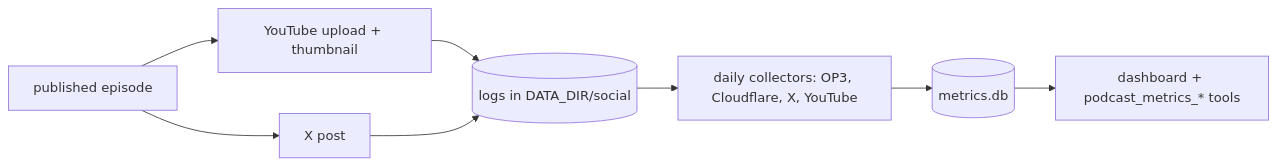
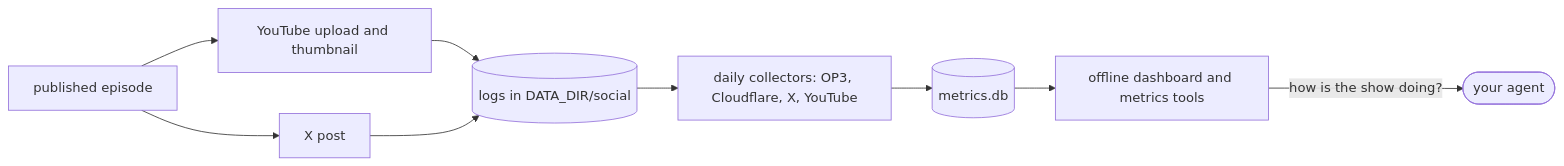
Before and after one commit to harpreetsahota204/podcast_server: the fourth of 4 diagrams in README.md, drawn with Mermaid. The commit also changed other lines of this file, not shown here.

First line of the commit message:
Rewrite README: what the engine is, how it works, and who built it

````diff
--- a/README.md
+++ b/README.md
@@ -36,10 +153,11 @@
 ```mermaid
 flowchart LR
-    P[published episode] --> V[YouTube upload + thumbnail]
+    P[published episode] --> V[YouTube upload and thumbnail]
     P --> X[X post]
     V --> L[(logs in DATA_DIR/social)]
     X --> L
     L --> C[daily collectors: OP3, Cloudflare, X, YouTube]
     C --> M[(metrics.db)]
-    M --> D[dashboard + podcast_metrics_* tools]
+    M --> D[offline dashboard and metrics tools]
+    D -->|"how is the show doing?"| AG([your agent])
 ```
````
